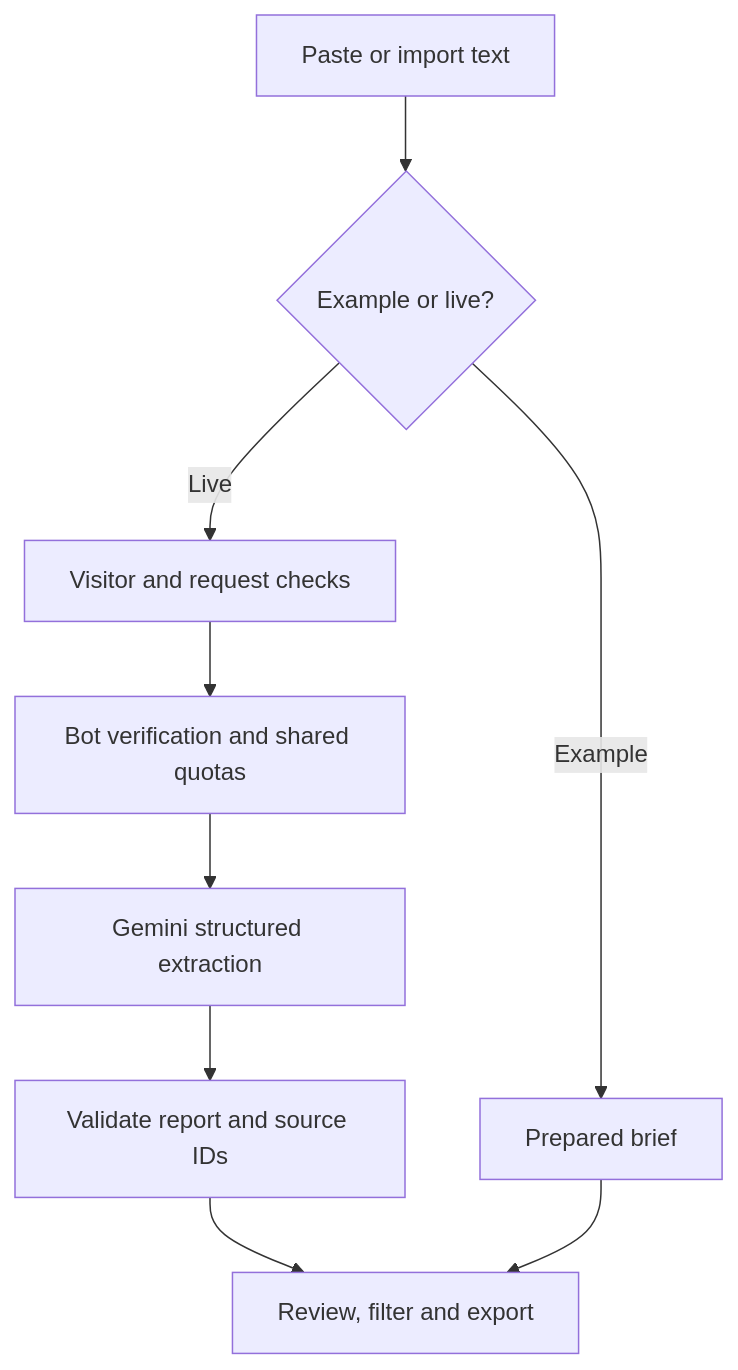
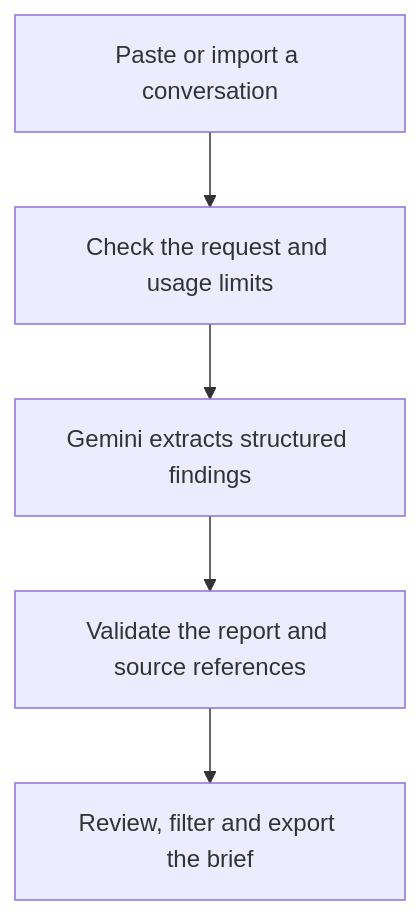
Before and after one commit to jeffyoh312/threadmark: the diagram in README.md, drawn with Mermaid. The commit also changed other lines of this file, not shown here.

````diff
--- a/README.md
+++ b/README.md
@@ -82,11 +86,7 @@
 ```mermaid
 flowchart TD
-  A["Paste or import text"] --> B{"Example or live?"}
-  B -->|Example| C["Prepared brief"]
-  B -->|Live| D["Visitor and request checks"]
-  D --> E["Bot verification and shared quotas"]
-  E --> F["Gemini structured extraction"]
-  F --> G["Validate report and source IDs"]
-  G --> H["Review, filter and export"]
-  C --> H
+  A["Paste or import a conversation"] --> B["Check the request and usage limits"]
+  B --> C["Gemini extracts structured findings"]
+  C --> D["Validate the report and source references"]
+  D --> E["Review, filter and export the brief"]
 ```
````
